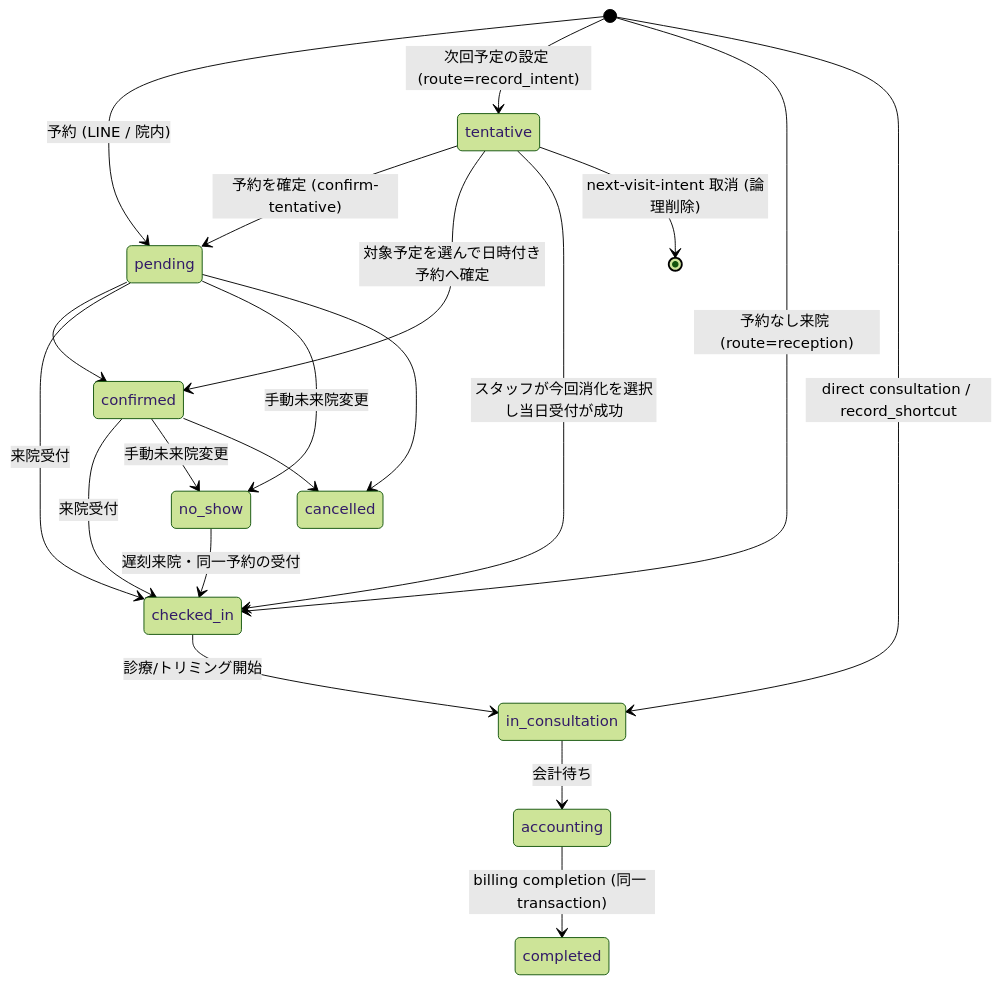
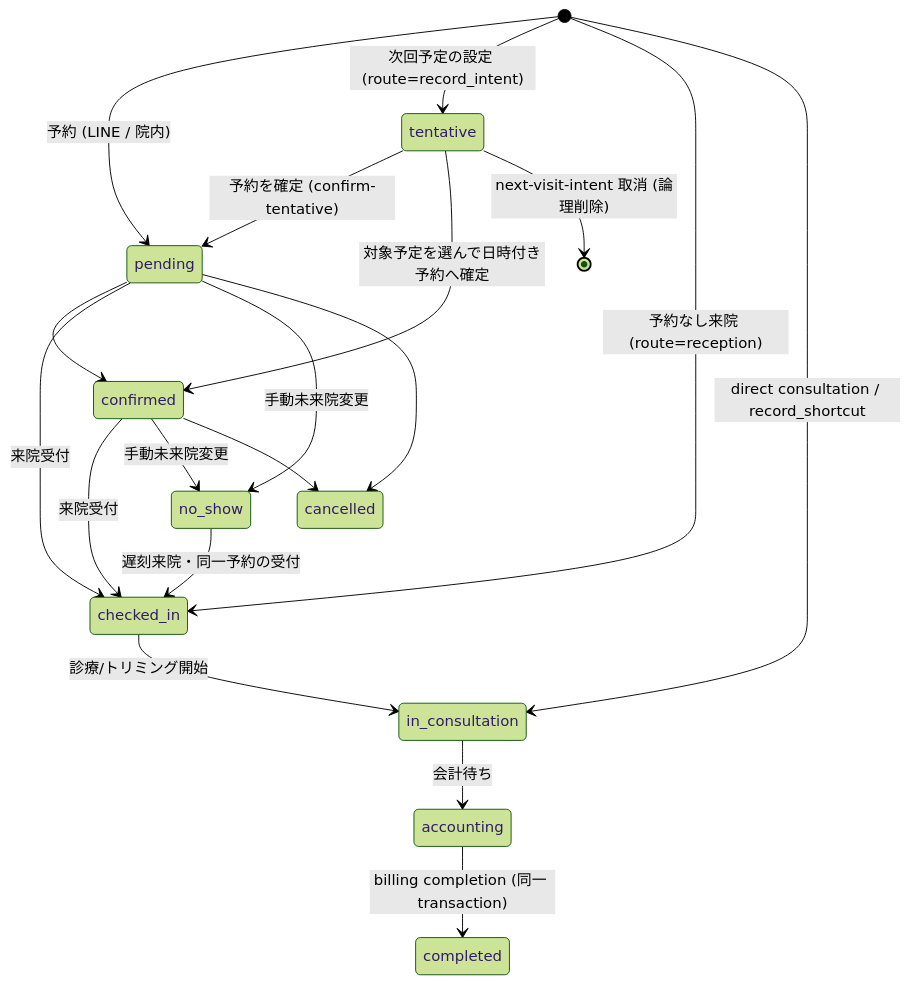
One commit to MinoruSoga/AnimalEkarte changed the diagram in docs/spec/workflows/reservation-to-record-flow.md. Above: the diagram before and after it, drawn with Mermaid (forest theme). The commit also changed other lines of this file and 6 other files, not shown here.

````diff
--- a/docs/spec/workflows/reservation-to-record-flow.md
+++ b/docs/spec/workflows/reservation-to-record-flow.md
@@ -358,22 +362,21 @@
 ```mermaid
 stateDiagram-v2
     [*] --> pending : 予約 (LINE / 院内)
     [*] --> tentative : 次回予定の設定 (route=record_intent)
     pending --> confirmed
     pending --> checked_in : 来院受付
     confirmed --> checked_in : 来院受付
     tentative --> pending : 予約を確定 (confirm-tentative)
     tentative --> confirmed : 対象予定を選んで日時付き予約へ確定
-    tentative --> checked_in : スタッフが今回消化を選択し当日受付が成功
     tentative --> [*] : next-visit-intent 取消 (論理削除)
     [*] --> checked_in : 予約なし来院 (route=reception)
     [*] --> in_consultation : direct consultation / record_shortcut
     checked_in --> in_consultation : 診療/トリミング開始
     in_consultation --> accounting : 会計待ち
     accounting --> completed : billing completion (同一 transaction)
     pending --> no_show : 手動未来院変更
     confirmed --> no_show : 手動未来院変更
     no_show --> checked_in : 遅刻来院・同一予約の受付
     pending --> cancelled
     confirmed --> cancelled
 ```
````
